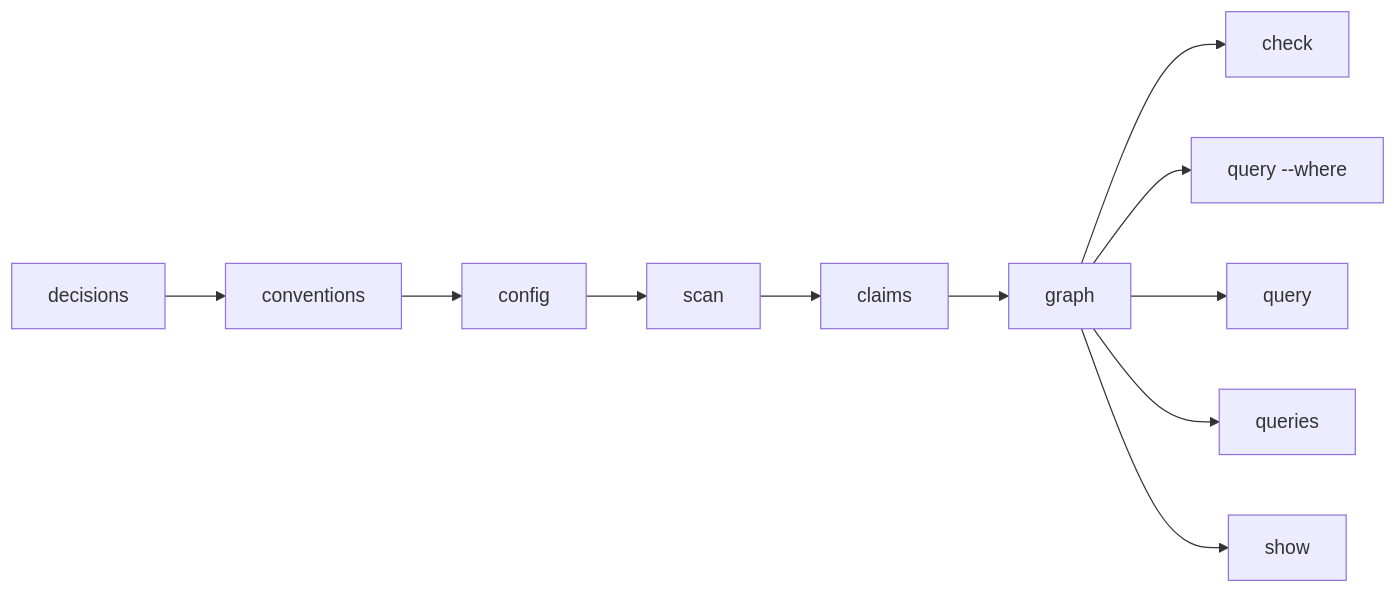
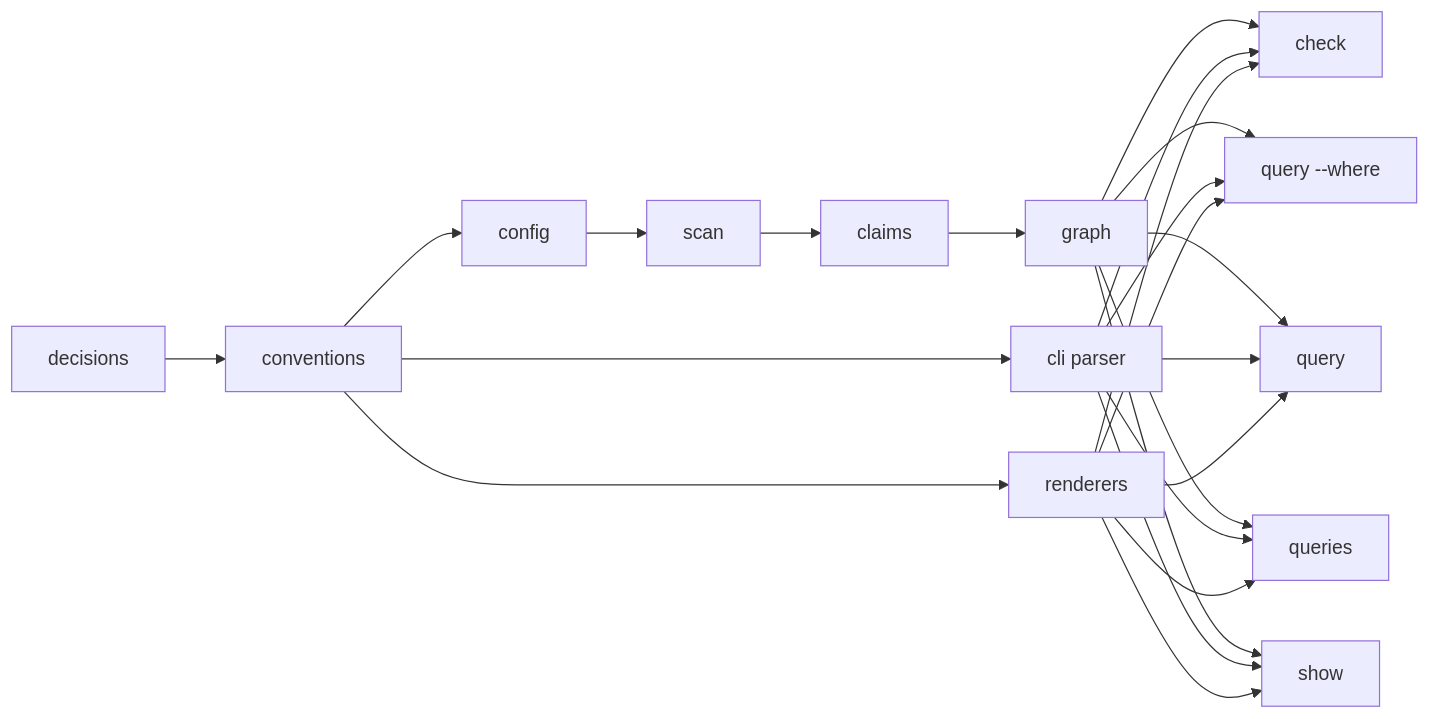
Before and after one commit to mantoni/patram: the diagram in docs/roadmap/v0-dogfood.md, drawn with Mermaid. The commit also changed other lines of this file and 10 other files, not shown here.

````diff
--- a/docs/roadmap/v0-dogfood.md
+++ b/docs/roadmap/v0-dogfood.md
@@ -48,13 +52,25 @@
 ```mermaid
 graph LR
   A["decisions"] --> B["conventions"]
   B --> C["config"]
   C --> D["scan"]
   D --> E["claims"]
   E --> F["graph"]
+  B --> L["cli parser"]
+  B --> M["renderers"]
   F --> G["check"]
   F --> H["query --where"]
   F --> I["query <name>"]
   F --> J["queries"]
   F --> K["show"]
+  L --> G
+  L --> H
+  L --> I
+  L --> J
+  L --> K
+  M --> G
+  M --> H
+  M --> I
+  M --> J
+  M --> K
 ```
````
